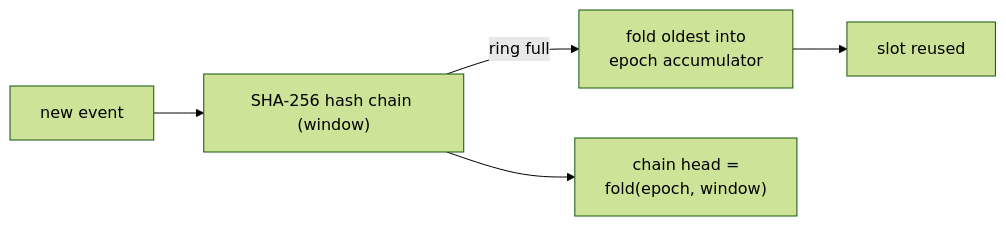
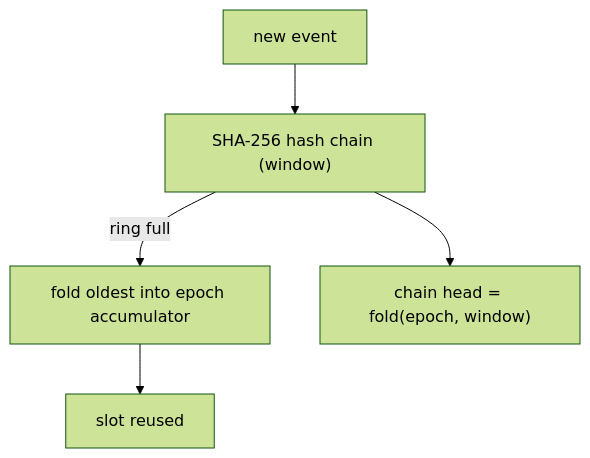
One commit to librekeys/RS-Key changed the diagram in docs/guides/audit.md. Above: the diagram before and after it, drawn with Mermaid (forest theme). The commit also changed 7 other files, not shown here.

First line of the commit message:
docs: make the Mermaid diagrams readable on the site

````diff
--- a/docs/guides/audit.md
+++ b/docs/guides/audit.md
@@ -39,7 +39,7 @@
 ```mermaid
-flowchart LR
+flowchart TD
     e["new event"] --> chain["SHA-256 hash chain (window)"]
-    chain -->|ring full| fold["fold oldest into<br/>epoch accumulator"]
+    chain -->|ring full| fold["fold oldest into epoch accumulator"]
     fold --> reuse["slot reused"]
-    chain --> head["chain head =<br/>fold(epoch, window)"]
+    chain --> head["chain head = fold(epoch, window)"]
 ```
````
